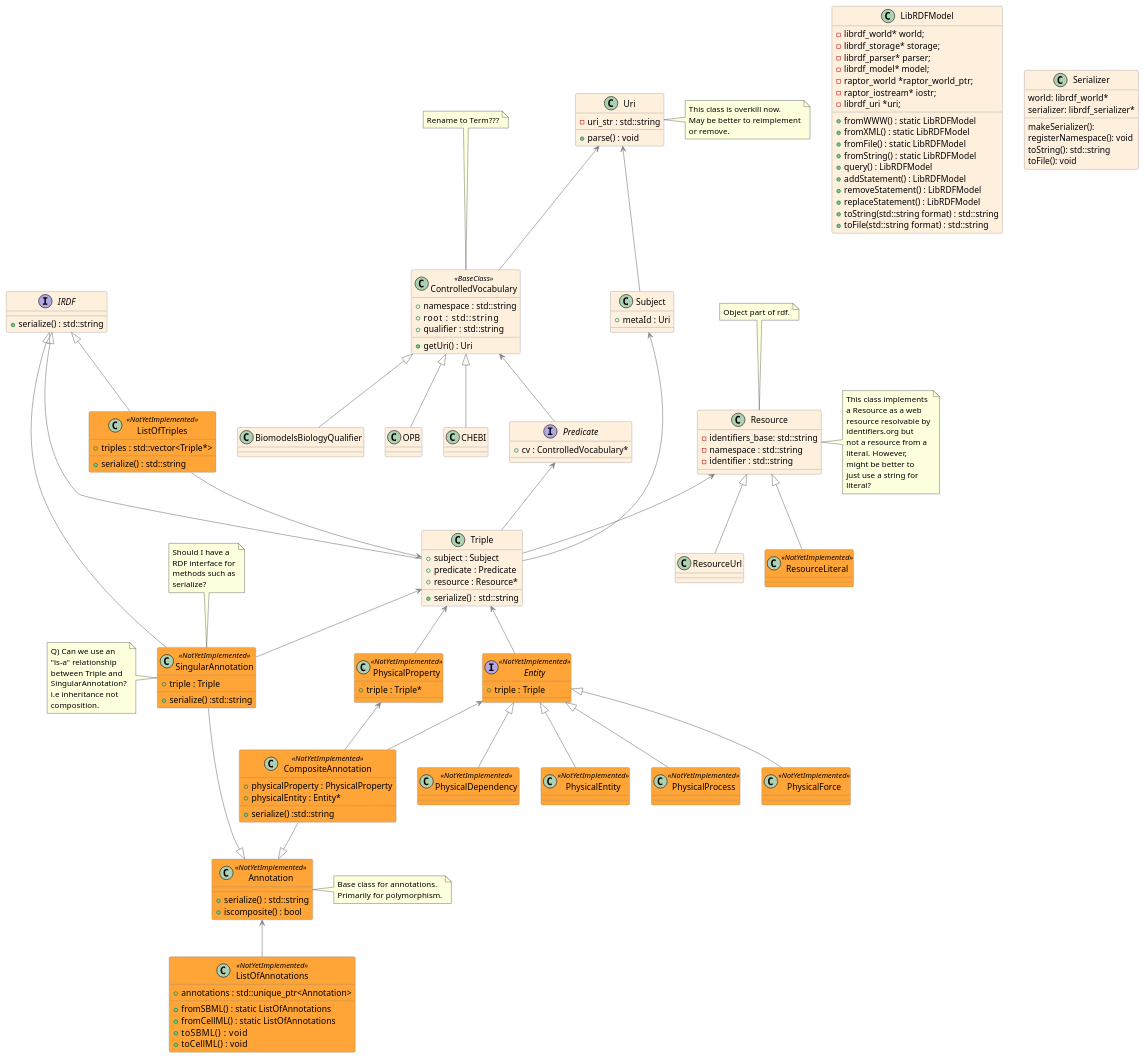
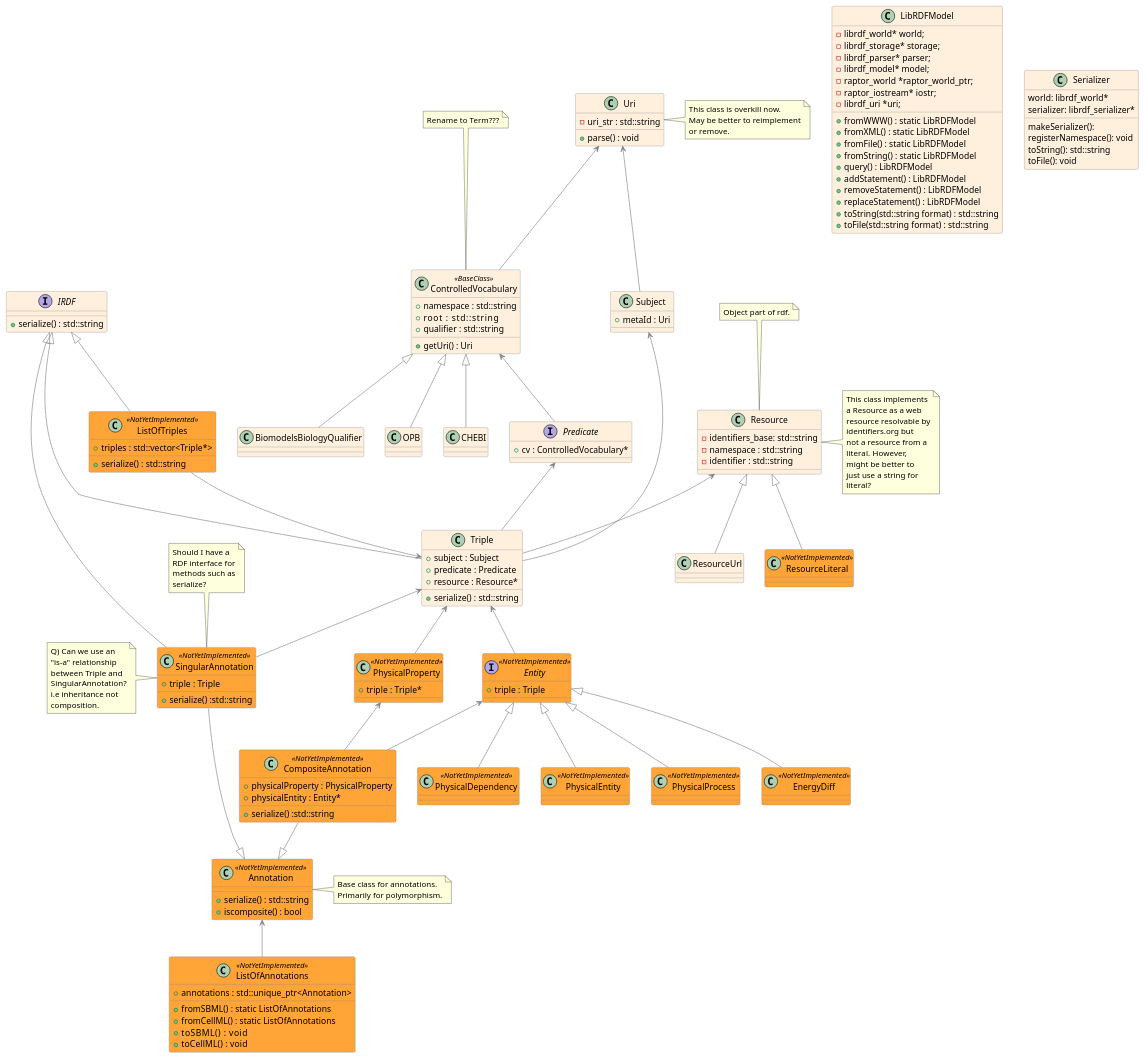
One commit to sys-bio/libOmexMeta changed the diagram in Design/CiaransDesign.puml. Above: the diagram before and after it, drawn with PlantUML. The commit also changed 287 other files, not shown here.

Commit message:
Refactor PhysicalForce to EnergyDiff, remove multipliers from EnergyDiff, refactor PhysicalPhenomenon to PropertyBearer. Change stoic on PhysicalProcesses to double not int. Update all tests

```diff
--- a/Design/CiaransDesign.puml
+++ b/Design/CiaransDesign.puml
@@ -96,7 +96,7 @@
 
 class PhysicalEntity <<NotYetImplemented>>{}
 class PhysicalProcess<<NotYetImplemented>> {}
-class PhysicalForce <<NotYetImplemented>>{}
+class EnergyDiff <<NotYetImplemented>>{}
 class PhysicalDependency <<NotYetImplemented>>{}
 
 'Base class for all annotations
@@ -199,7 +199,7 @@
 Triple <-- Entity
 Entity <|-- PhysicalEntity
 Entity <|-- PhysicalProcess
-Entity <|-- PhysicalForce
+Entity <|-- EnergyDiff
 Entity <|-- PhysicalDependency
 
 SingularAnnotation --|> Annotation
```
